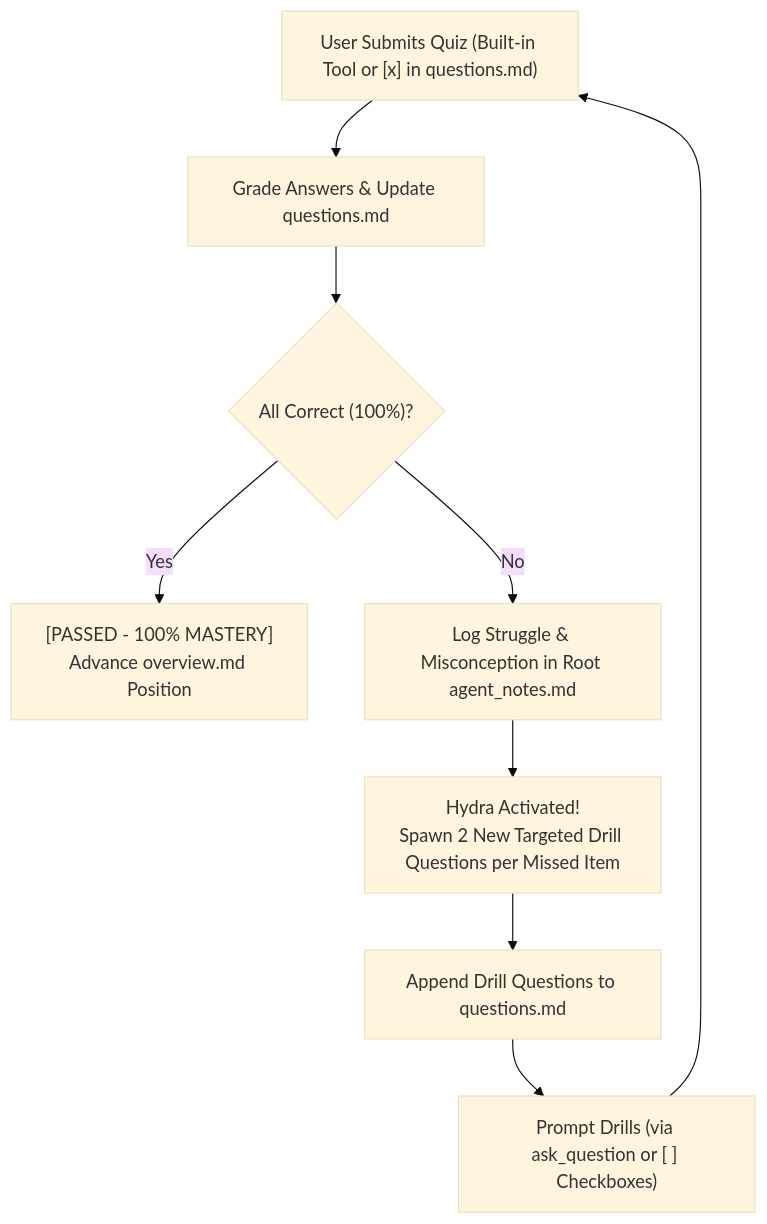
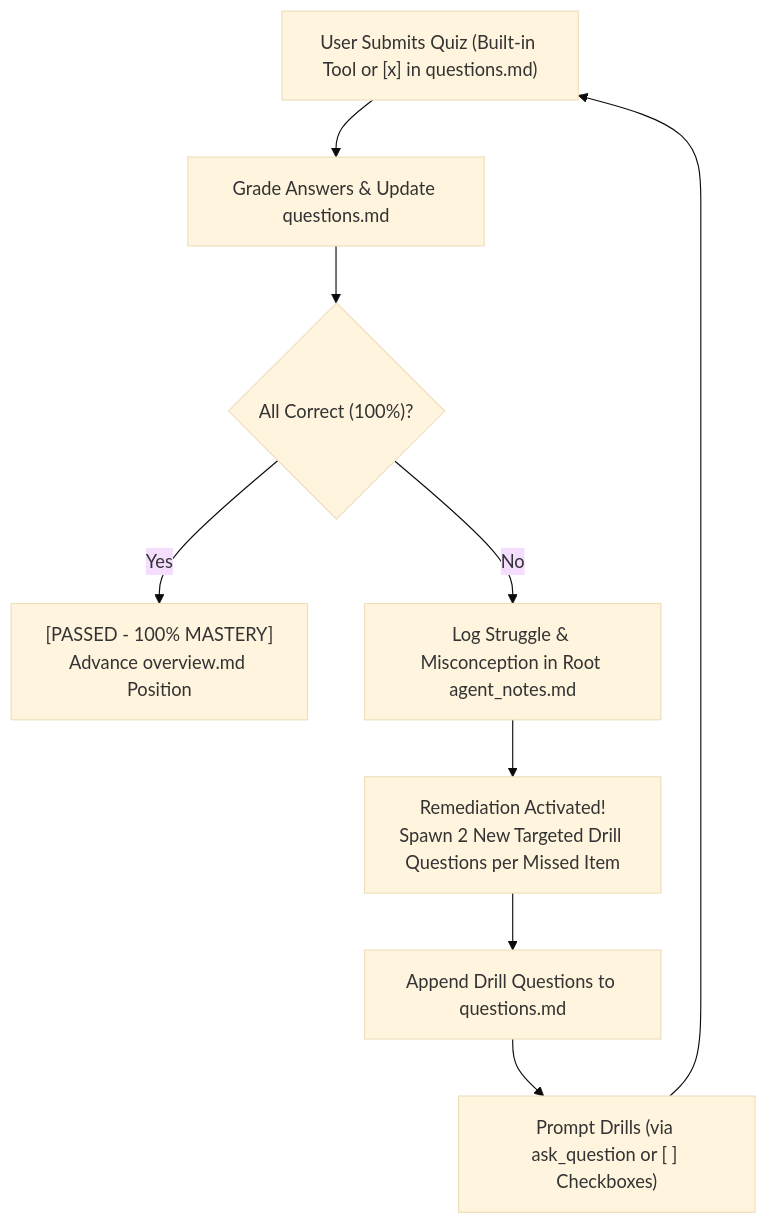
Before and after one commit to asquilatan/notes-skills: the second of 2 diagrams in notes-conduct-quiz/SKILL.md, drawn with Mermaid (base theme). The commit also changed other lines of this file and 3 other files, not shown here.

Commit message:
refactor: replace Hydra phrasing with professional remediation drill terminology

````diff
--- a/notes-conduct-quiz/SKILL.md
+++ b/notes-conduct-quiz/SKILL.md
@@ -150,11 +150,11 @@
 ```mermaid
 flowchart TD
     Submit["User Submits Quiz (Built-in Tool or [x] in questions.md)"] --> Grade["Grade Answers & Update questions.md"]
     Grade --> Check{"All Correct (100%)?"}
     Check -- Yes --> Pass["[PASSED - 100% MASTERY]<br/>Advance overview.md Position"]
     Check -- No --> LogStruggle["Log Struggle & Misconception in Root agent_notes.md"]
-    LogStruggle --> Hydra["Hydra Activated!<br/>Spawn 2 New Targeted Drill Questions per Missed Item"]
-    Hydra --> Append["Append Drill Questions to questions.md"]
+    LogStruggle --> Remediation["Remediation Activated!<br/>Spawn 2 New Targeted Drill Questions per Missed Item"]
+    Remediation --> Append["Append Drill Questions to questions.md"]
     Append --> Reprompt["Prompt Drills (via ask_question or [ ] Checkboxes)"]
     Reprompt --> Submit
 ```
````
